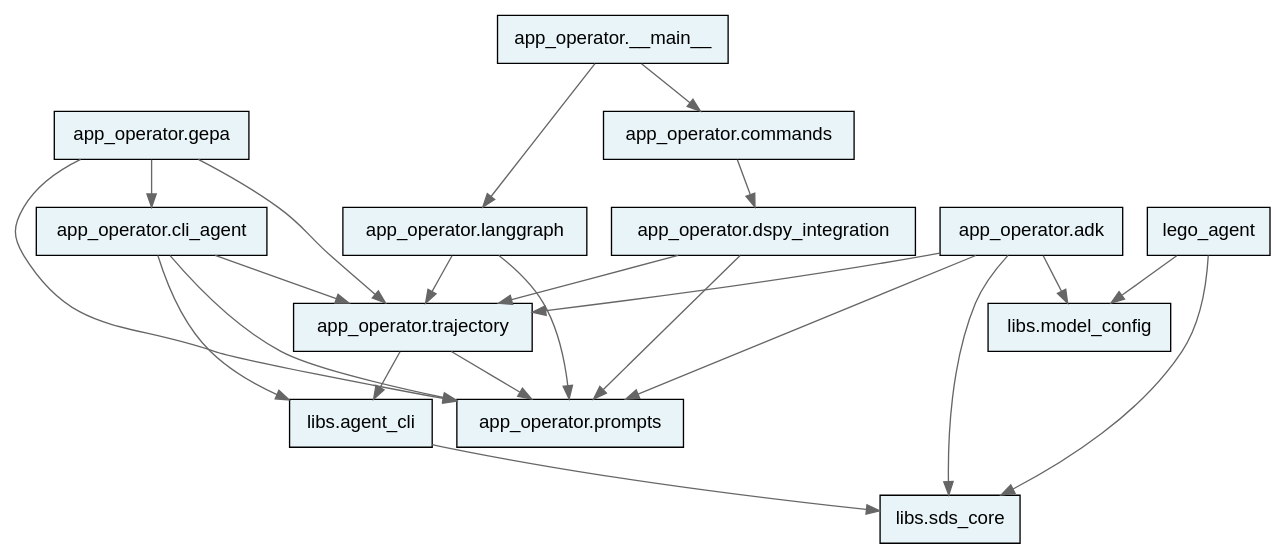
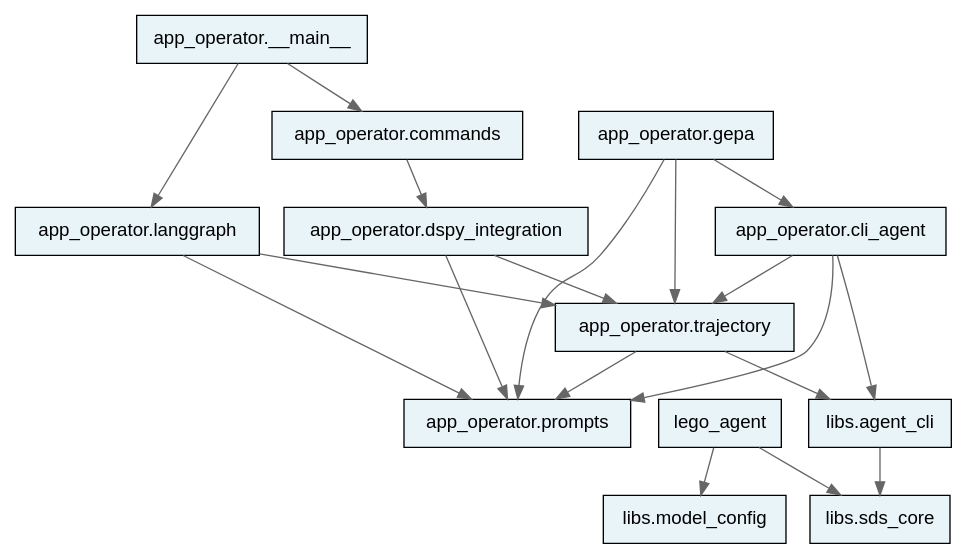
One commit to uw-syfi/sdo changed the diagram in docs/assets/tach_module_graph.dot. Above: the diagram before and after it, drawn with Graphviz. The commit also changed 1 other file, not shown here.

Commit message:
chore: regenerate tach module graph after ADK removal

```diff
--- a/docs/assets/tach_module_graph.dot
+++ b/docs/assets/tach_module_graph.dot
@@ -1,28 +1,24 @@
 digraph tach_modules {
     rankdir=TB;
     node [shape=box, style=filled, fillcolor="#e8f4f8", fontname="Helvetica"];
     edge [color="#666666"];
 
     "libs.agent_cli" -> "libs.sds_core";
     "app_operator.trajectory" -> "app_operator.prompts";
     "app_operator.trajectory" -> "libs.agent_cli";
     "app_operator.dspy_integration" -> "app_operator.prompts";
     "app_operator.dspy_integration" -> "app_operator.trajectory";
     "app_operator.cli_agent" -> "app_operator.prompts";
     "app_operator.cli_agent" -> "app_operator.trajectory";
     "app_operator.cli_agent" -> "libs.agent_cli";
     "app_operator.langgraph" -> "app_operator.prompts";
     "app_operator.langgraph" -> "app_operator.trajectory";
-    "app_operator.adk" -> "app_operator.prompts";
-    "app_operator.adk" -> "app_operator.trajectory";
-    "app_operator.adk" -> "libs.model_config";
-    "app_operator.adk" -> "libs.sds_core";
     "app_operator.gepa" -> "app_operator.cli_agent";
     "app_operator.gepa" -> "app_operator.prompts";
     "app_operator.gepa" -> "app_operator.trajectory";
     "app_operator.commands" -> "app_operator.dspy_integration";
     "app_operator.__main__" -> "app_operator.commands";
     "app_operator.__main__" -> "app_operator.langgraph";
     "lego_agent" -> "libs.model_config";
     "lego_agent" -> "libs.sds_core";
 }
```
